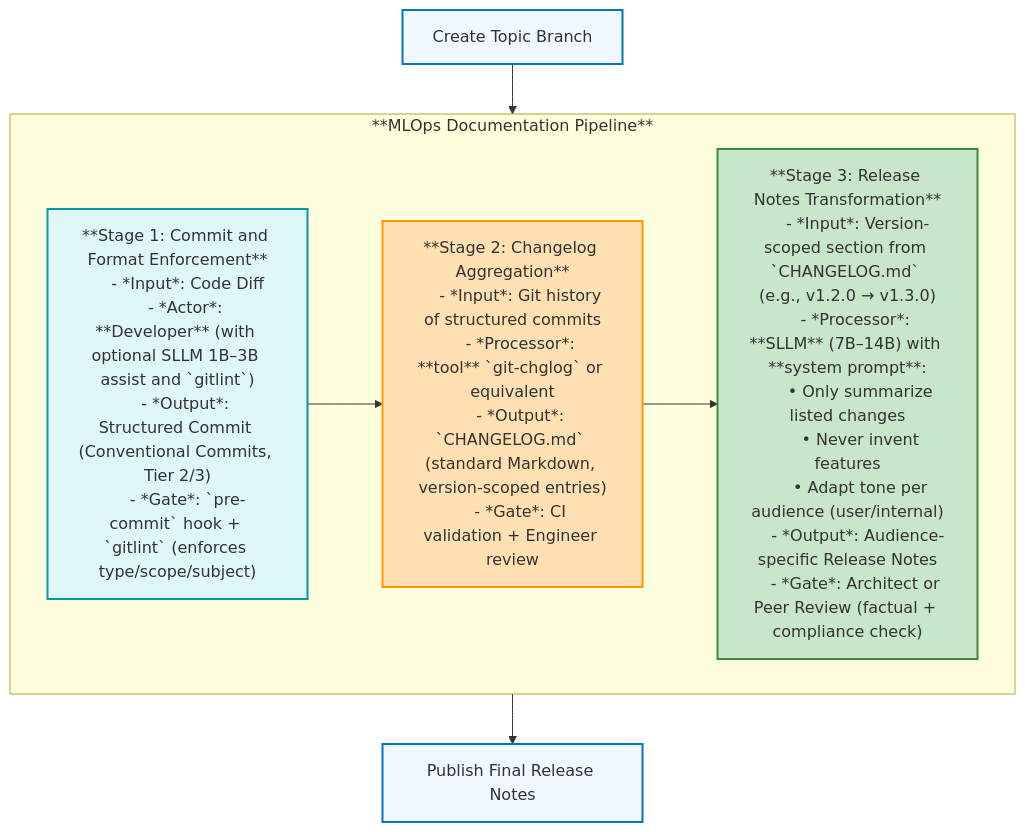
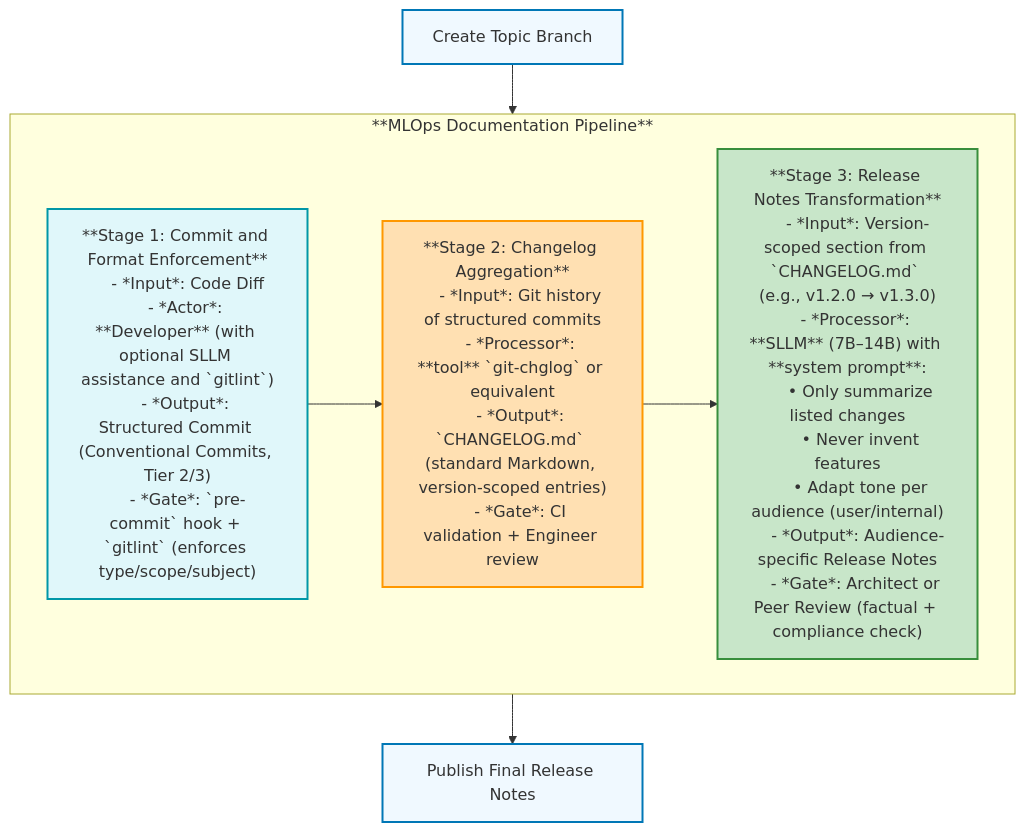
Before and after one commit to lefthand67/ai_engineering_handbook: the diagram in mlops/git_workflows/sllm_backed_release_documentation_pipeline_architecture.md, drawn with Mermaid. The commit also changed other lines of this file and 1 other file, not shown here.

````diff
--- a/mlops/git_workflows/sllm_backed_release_documentation_pipeline_architecture.md
+++ b/mlops/git_workflows/sllm_backed_release_documentation_pipeline_architecture.md
@@ -38,46 +38,46 @@
 ```mermaid
 ---
 config:
   layout: dagre
   theme: default
 ---
 flowchart TB
  subgraph MLOps_Doc_Pipeline["**MLOps Documentation Pipeline**"]
     direction LR
     
     B["**Stage 1: Commit and Format Enforcement**
     - *Input*: Code Diff
-    - *Actor*: **Developer** (with optional SLLM 1B–3B assist and `gitlint`)
+    - *Actor*: **Developer** (with optional SLLM assistance and `gitlint`)
     - *Output*: Structured Commit (Conventional Commits, Tier 2/3)
     - *Gate*: `pre-commit` hook + `gitlint` (enforces type/scope/subject)"]
     
     D["**Stage 2: Changelog Aggregation**
     - *Input*: Git history of structured commits
     - *Processor*: **tool** `git-chglog` or equivalent
     - *Output*: `CHANGELOG.md` (standard Markdown, version-scoped entries)
     - *Gate*: CI validation + Engineer review"]
     
     E["**Stage 3: Release Notes Transformation**
     - *Input*: Version-scoped section from `CHANGELOG.md` (e.g., v1.2.0 → v1.3.0)
     - *Processor*: **SLLM** (7B–14B) with **system prompt**:
       • Only summarize listed changes
       • Never invent features
       • Adapt tone per audience (user/internal)
     - *Output*: Audience-specific Release Notes
     - *Gate*: Architect or Peer Review (factual + compliance check)"]
   end
     A["Create Topic Branch"] --> MLOps_Doc_Pipeline
     B --> D
     D --> E
     MLOps_Doc_Pipeline --> F["Publish Final Release Notes"]
 
      A:::ioStage
      B:::devStage
      D:::toolStage
      E:::sllmStage
      F:::ioStage
     classDef devStage fill:#e0f7fa,stroke:#0097a7,stroke-width:2px
     classDef toolStage fill:#ffe0b2,stroke:#ff9800,stroke-width:2px
     classDef sllmStage fill:#c8e6c9,stroke:#388e3c,stroke-width:2px
     classDef ioStage fill:#f0f9ff,stroke:#0077b6,stroke-width:2px
 ```
````
